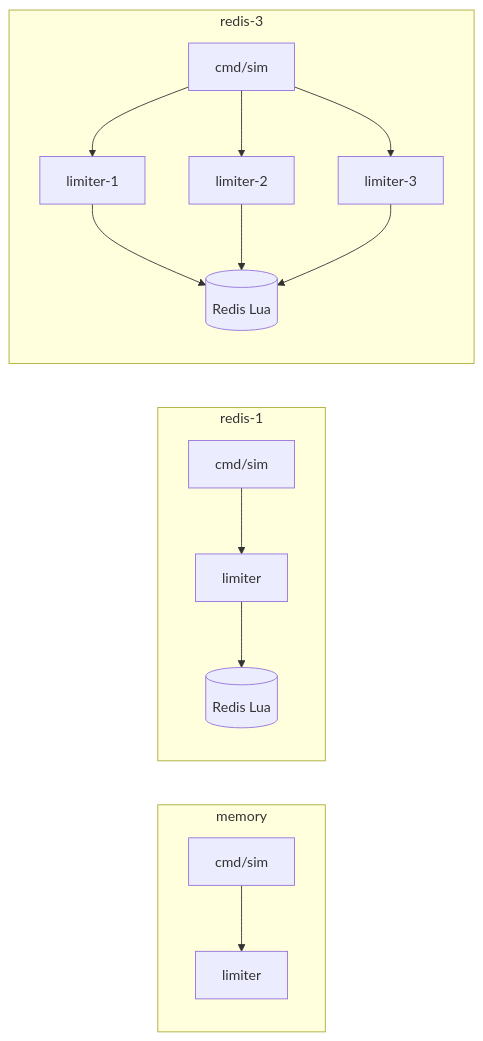
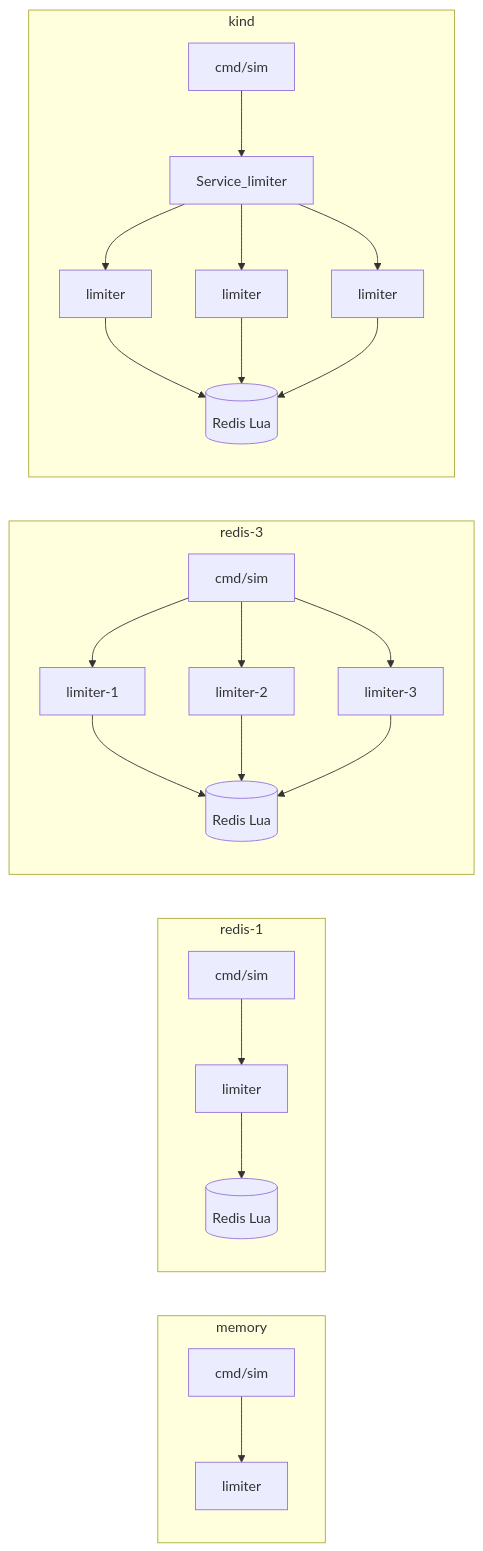
Before and after one commit to bliu217/golimiter: the diagram in README.md, drawn with Mermaid. The commit also changed other lines of this file and 4 other files, not shown here.

First line of the commit message:
Add Kind benchmark scenarios that wait for the limiter Deployment.

````diff
--- a/README.md
+++ b/README.md
@@ -128,18 +135,27 @@
 ```mermaid
 flowchart LR
   subgraph memoryTopo [memory]
     simM[cmd/sim] --> limM[limiter]
   end
   subgraph redis1Topo [redis-1]
     sim1[cmd/sim] --> lim1[limiter]
     lim1 --> redisA[(Redis Lua)]
   end
   subgraph redis3Topo [redis-3]
     sim3[cmd/sim] --> n1[limiter-1]
     sim3 --> n2[limiter-2]
     sim3 --> n3[limiter-3]
     n1 --> redisB[(Redis Lua)]
     n2 --> redisB
     n3 --> redisB
   end
+  subgraph kindTopo [kind]
+    simK[cmd/sim] --> svcK[Service_limiter]
+    svcK --> k1[limiter]
+    svcK --> k2[limiter]
+    svcK --> k3[limiter]
+    k1 --> redisC[(Redis Lua)]
+    k2 --> redisC
+    k3 --> redisC
+  end
 ```
````
